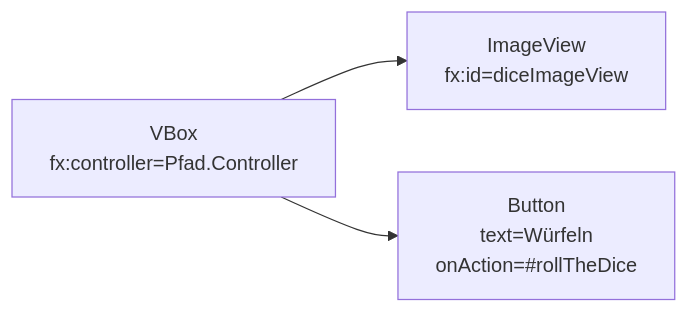
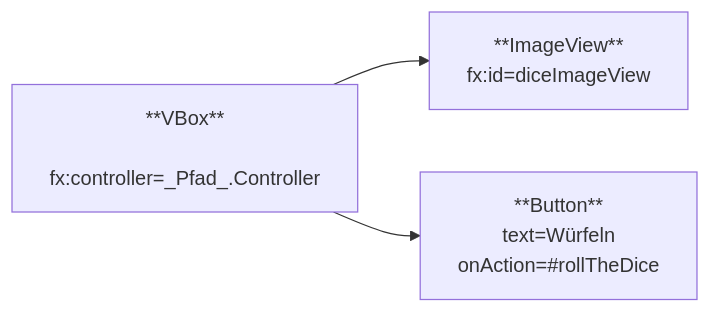
Before and after one commit to jappuccini/java-docs: the second of 2 diagrams in docs/exercises/javafx/javafx02.md, drawn with Mermaid. The commit also changed other lines of this file and 7 other files, not shown here.

Commit message:
Fix Mermaid for JavaFX Exercises

````diff
--- a/docs/exercises/javafx/javafx02.md
+++ b/docs/exercises/javafx/javafx02.md
@@ -51,13 +47,12 @@
 ```mermaid
 flowchart LR
-	vbox[VBox
-	     fx:controller=Pfad.Controller]
-	imageview[ImageView
-	          fx:id=diceImageView]
-	button[Button
-	       text=Würfeln
-	       onAction=#rollTheDice]
-
-    vbox --> imageview
-    vbox --> button
+   vbox[**VBox**
+   fx:controller=_Pfad_.Controller]
+   imageview[**ImageView**
+   fx:id=diceImageView]
+   button[**Button**
+   text=Würfeln
+   onAction=#rollTheDice]
+   vbox --> imageview
+   vbox --> button
 ```
````
